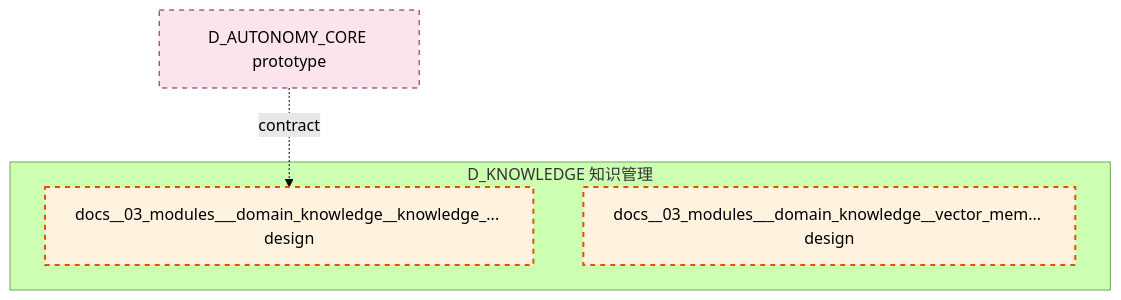
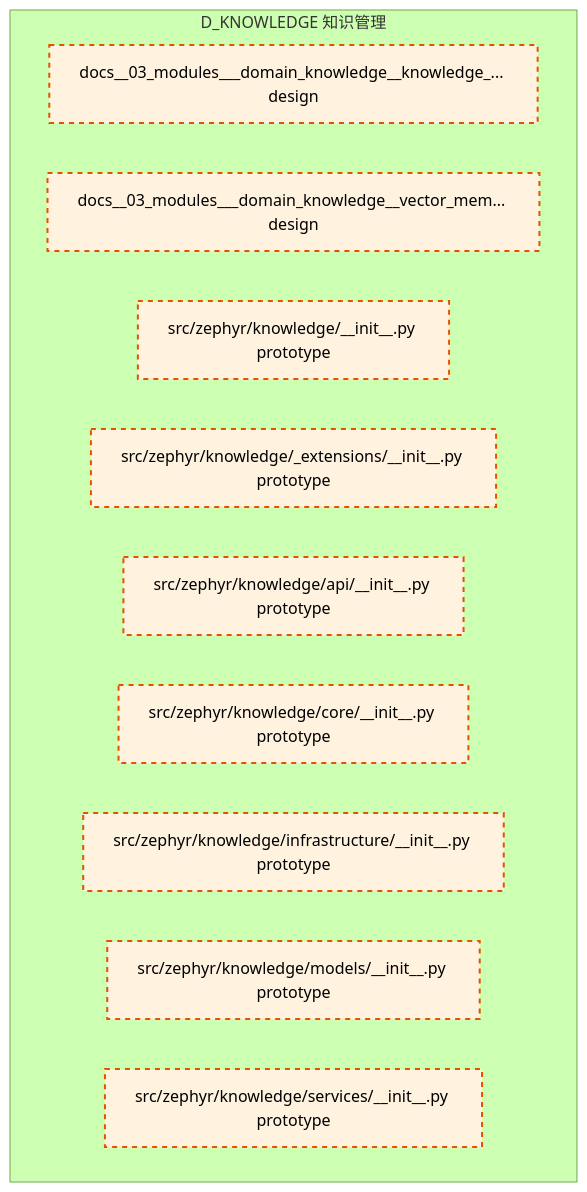
Before and after one commit to xuanFelixVan/ZephyrAlpha: the diagram in docs/02_enterprise_architecture/02_domain_architecture_docs/41_d_knowledge.md, drawn with Mermaid (forest theme). The commit also changed other lines of this file and 105 other files, not shown here.

````diff
--- a/docs/02_enterprise_architecture/02_domain_architecture_docs/41_d_knowledge.md
+++ b/docs/02_enterprise_architecture/02_domain_architecture_docs/41_d_knowledge.md
@@ -47,15 +47,19 @@
 ```mermaid
 graph TD
     subgraph D_KNOWLEDGE["D_KNOWLEDGE 知识管理"]
         docs_03_modules_domain_knowledge_knowledge_base_blueprint_md["docs__03_modules___domain_knowledge__knowledge_... design"]
         docs_03_modules_domain_knowledge_vector_memory_blueprint_md["docs__03_modules___domain_knowledge__vector_mem... design"]
+        src_zephyr_knowledge_init_py["src/zephyr/knowledge/__init__.py prototype"]
+        src_zephyr_knowledge_extensions_init_py["src/zephyr/knowledge/_extensions/__init__.py prototype"]
+        src_zephyr_knowledge_api_init_py["src/zephyr/knowledge/api/__init__.py prototype"]
+        src_zephyr_knowledge_core_init_py["src/zephyr/knowledge/core/__init__.py prototype"]
+        src_zephyr_knowledge_infrastructure_init_py["src/zephyr/knowledge/infrastructure/__init__.py prototype"]
+        src_zephyr_knowledge_models_init_py["src/zephyr/knowledge/models/__init__.py prototype"]
+        src_zephyr_knowledge_services_init_py["src/zephyr/knowledge/services/__init__.py prototype"]
     end
-    D_AUTONOMY_CORE["D_AUTONOMY_CORE prototype"]
-    D_AUTONOMY_CORE -.->|contract| docs_03_modules_domain_knowledge_knowledge_base_blueprint_md
     classDef production fill:#e1f5fe,stroke:#01579b,stroke-width:2px,color:#000
     classDef design fill:#fff3e0,stroke:#e65100,stroke-width:2px,color:#000,stroke-dasharray: 5 5
     classDef external_prod fill:#e8f5e9,stroke:#1b5e20,stroke-width:1px,color:#000
     classDef external_design fill:#fce4ec,stroke:#880e4f,stroke-width:1px,color:#000,stroke-dasharray: 5 5
-    class docs_03_modules_domain_knowledge_knowledge_base_blueprint_md,docs_03_modules_domain_knowledge_vector_memory_blueprint_md design
-    class D_AUTONOMY_CORE external_design
+    class docs_03_modules_domain_knowledge_knowledge_base_blueprint_md,docs_03_modules_domain_knowledge_vector_memory_blueprint_md,src_zephyr_knowledge_init_py,src_zephyr_knowledge_extensions_init_py,src_zephyr_knowledge_api_init_py,src_zephyr_knowledge_core_init_py,src_zephyr_knowledge_infrastructure_init_py,src_zephyr_knowledge_models_init_py,src_zephyr_knowledge_services_init_py design
 ```
````
